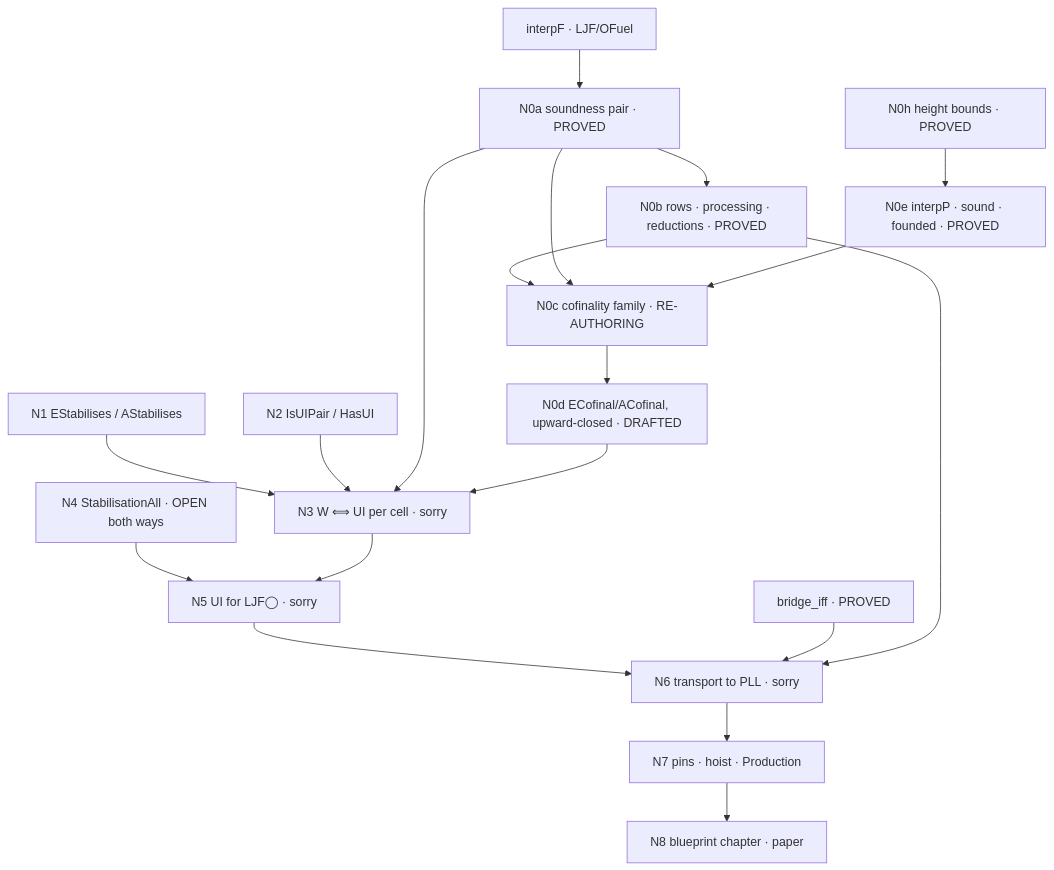
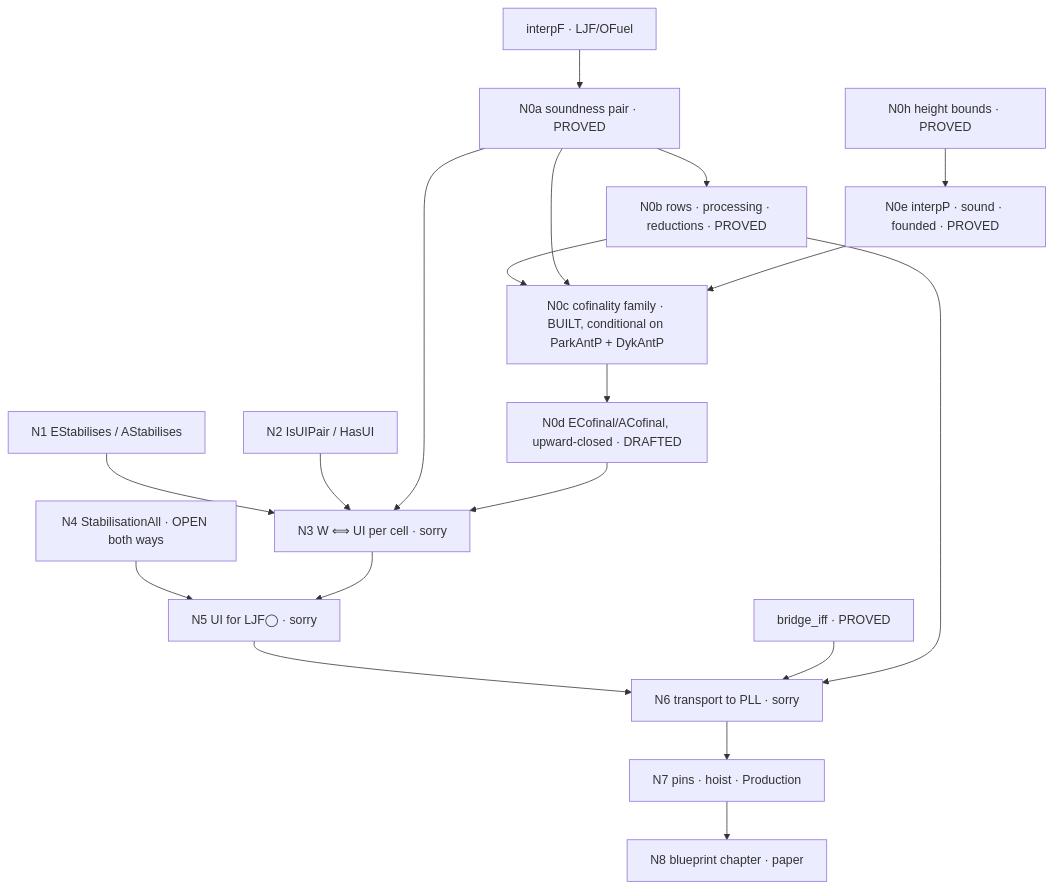
The diagram in docs/ui-routeB-blueprint.md (fairflow/lax-logic-in-lean), drawn with Mermaid before and after one commit. The commit also changed other lines of this file and 1 other file, not shown here.

First line of the commit message:
docs(ui): §4.15 — the cofinality family BUILT on interpP, conditional on ParkAntP (a measure job) and DykAntP (the Dyckhoff row's guard has the wrong polarity; fix proposed); blueprint N0c, WP1a/WP1b

````diff
--- a/docs/ui-routeB-blueprint.md
+++ b/docs/ui-routeB-blueprint.md
@@ -79,21 +79,21 @@
 ```mermaid
 graph TD
   interpF[interpF · LJF/OFuel] --> N0a[N0a soundness pair · PROVED]
   N0a --> N0b[N0b rows · processing · reductions · PROVED]
-  N0b --> N0c[N0c cofinality family · RE-AUTHORING]
+  N0b --> N0c[N0c cofinality family · BUILT, conditional on ParkAntP + DykAntP]
   N0a --> N0c
   H[N0h height bounds · PROVED] --> N0e[N0e interpP · sound · founded · PROVED]
   N0e --> N0c
   N0c --> N0d[N0d ECofinal/ACofinal, upward-closed · DRAFTED]
   N1[N1 EStabilises / AStabilises] --> N3
   N2[N2 IsUIPair / HasUI] --> N3
   N0a --> N3[N3 W ⟺ UI per cell · sorry]
   N0d --> N3
   N4[N4 StabilisationAll · OPEN both ways] --> N5[N5 UI for LJF◯ · sorry]
   N3 --> N5
   N5 --> N6[N6 transport to PLL · sorry]
   B[bridge_iff · PROVED] --> N6
   N0b --> N6
   N6 --> N7[N7 pins · hoist · Production]
   N7 --> N8[N8 blueprint chapter · paper]
 ```
````
